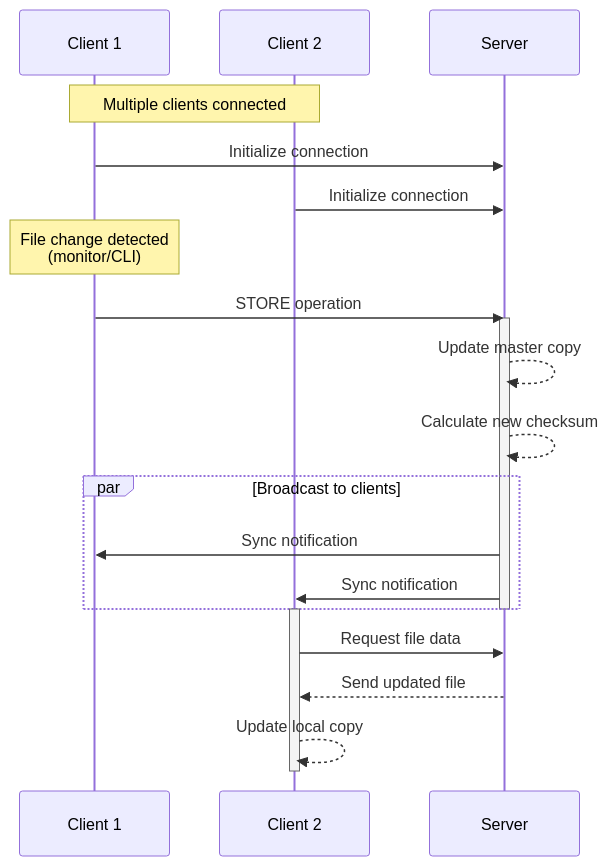
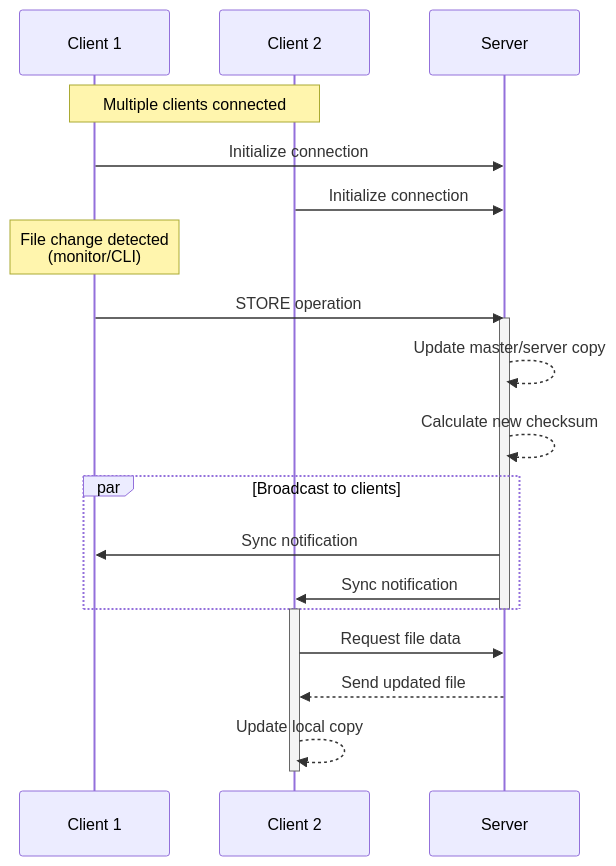
The first of 2 diagrams in README.md (TheDhejavu/andrew-filesystem), drawn with Mermaid before and after one commit. The commit also changed other lines of this file and 6 other files, not shown here.

````diff
--- a/README.md
+++ b/README.md
@@ -10,36 +11,36 @@
 ```mermaid
 sequenceDiagram
     participant C1 as Client 1
     participant C2 as Client 2
     participant S as Server
 
     Note over C1,C2: Multiple clients connected
     
     % Initial connection
     C1->>S: Initialize connection
     C2->>S: Initialize connection
     
     % File change detection
     Note over C1: File change detected<br/>(monitor/CLI)
     
     % Store operation
     C1->>S: STORE operation
     activate S
-    S-->>S: Update master copy
+    S-->>S: Update master/server copy
     S-->>S: Calculate new checksum
     
     % Broadcast to other clients
     par Broadcast to clients
         S->>C1: Sync notification
         S->>C2: Sync notification
     end
     deactivate S
     
     % Client 2 sync
     activate C2
     C2->>S: Request file data
     S-->>C2: Send updated file
     C2-->>C2: Update local copy
     deactivate C2
     
 ```
````
